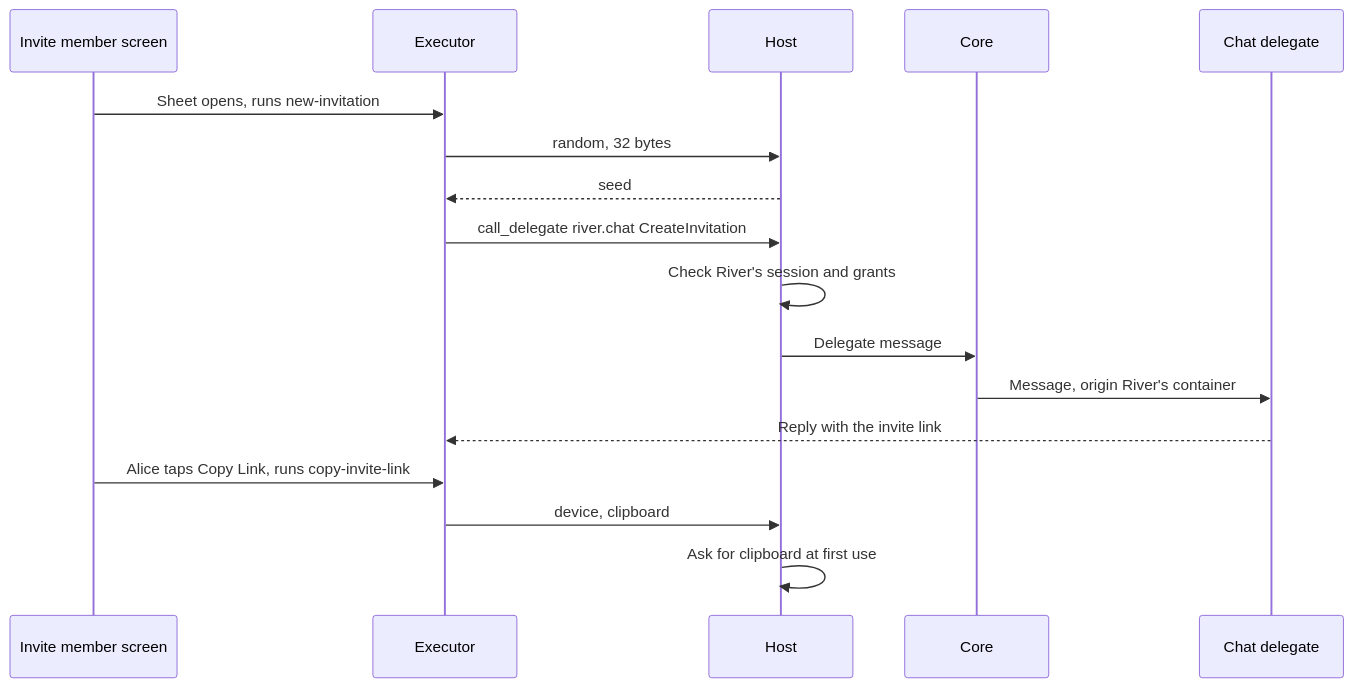
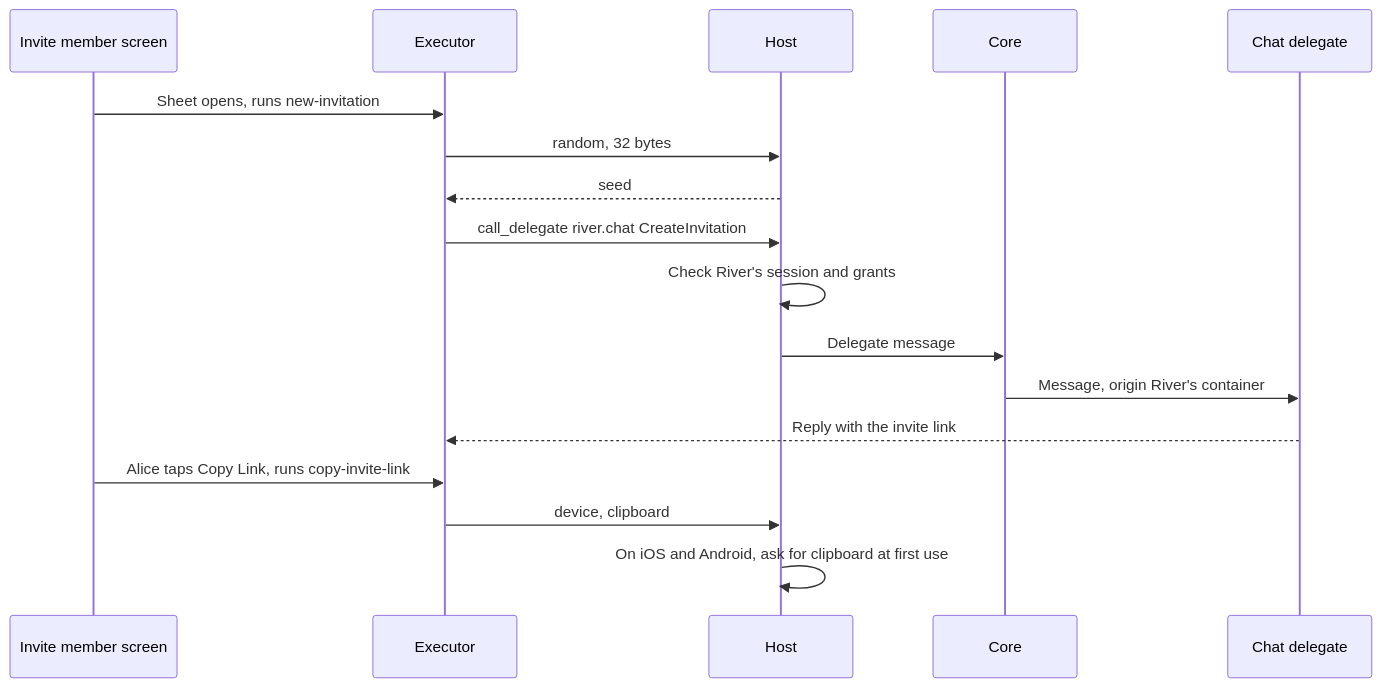
Before and after one commit to EVY-Platform/evy-freenet-plans: the diagram in 4-sdui/03-actions-and-data.md, drawn with Mermaid. The commit also changed other lines of this file and 7 other files, not shown here.

````diff
--- a/4-sdui/03-actions-and-data.md
+++ b/4-sdui/03-actions-and-data.md
@@ -72,19 +74,19 @@
 ```mermaid
 sequenceDiagram
     participant Screen as Invite member screen
     participant Exec as Executor
     participant Host
     participant Core
     participant Delegate as Chat delegate
     Screen->>Exec: Sheet opens, runs new-invitation
     Exec->>Host: random, 32 bytes
     Host-->>Exec: seed
     Exec->>Host: call_delegate river.chat CreateInvitation
     Host->>Host: Check River's session and grants
     Host->>Core: Delegate message
     Core->>Delegate: Message, origin River's container
     Delegate-->>Exec: Reply with the invite link
     Screen->>Exec: Alice taps Copy Link, runs copy-invite-link
     Exec->>Host: device, clipboard
-    Host->>Host: Ask for clipboard at first use
+    Host->>Host: On iOS and Android, ask for clipboard at first use
 ```
````
